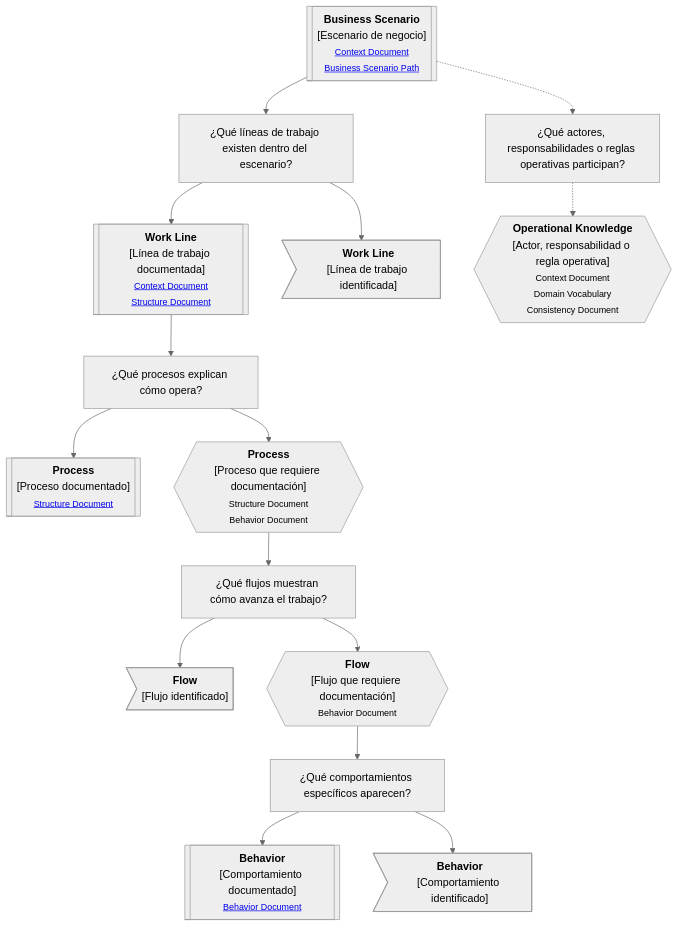
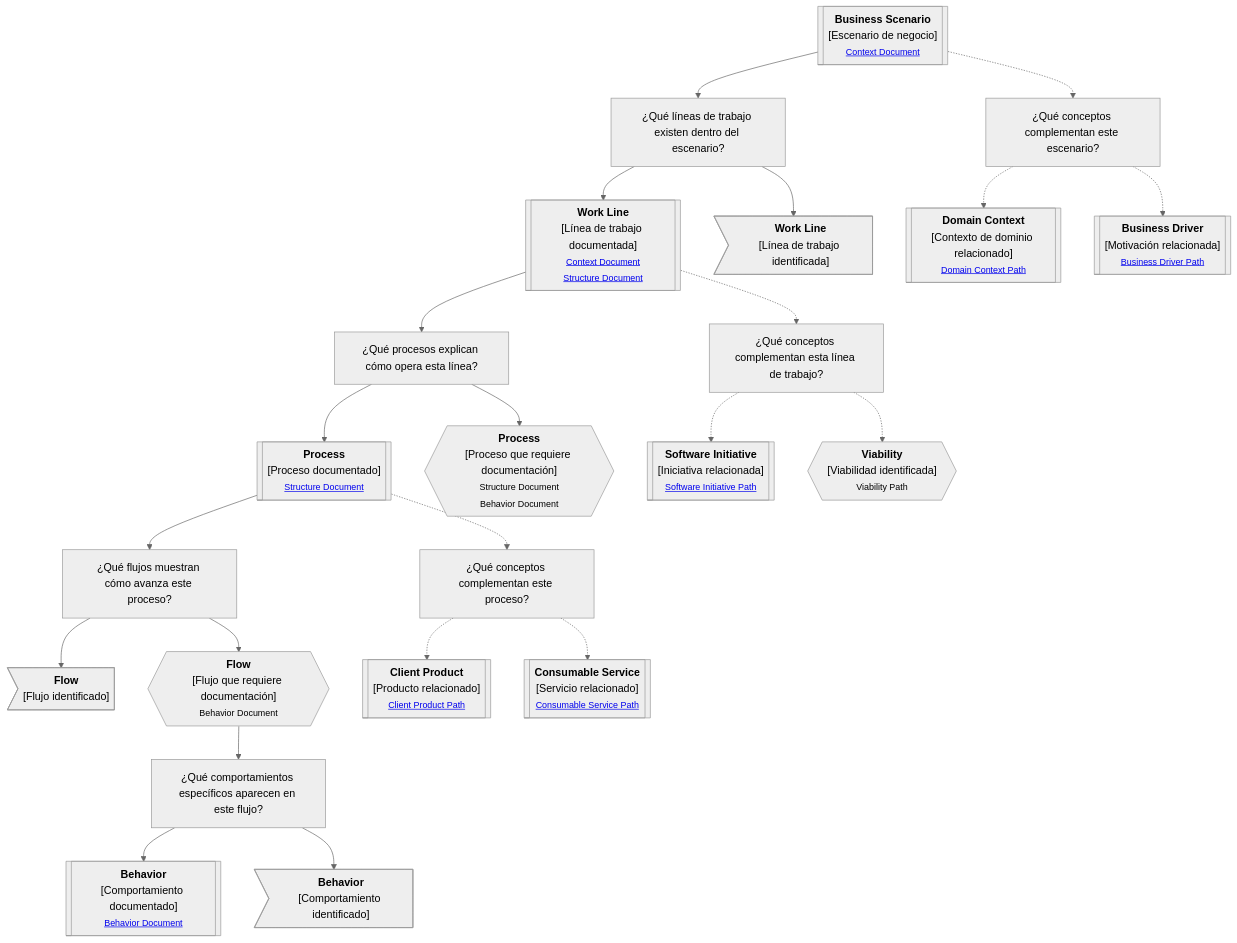
One commit to vslices/docs changed the diagram in docs/es/alive-lab/research/notes/docs-standard/artifacts/continuity-paths/core/business-scenario.md. Above: the diagram before and after it, drawn with Mermaid (neutral theme). The commit also changed other lines of this file and 12 other files, not shown here.

````diff
--- a/docs/es/alive-lab/research/notes/docs-standard/artifacts/continuity-paths/core/business-scenario.md
+++ b/docs/es/alive-lab/research/notes/docs-standard/artifacts/continuity-paths/core/business-scenario.md
@@ -82,39 +35,61 @@
 ```mermaid
 flowchart TD
-    CR[["<b>Business Scenario</b><br/>[Escenario de negocio]<br/><small><a href='link'>Context Document</a><br/><a href='link'>Business Scenario Path</a></small>"]]
+    CR[["<b>Business Scenario</b><br/>[Escenario de negocio]<br/><small><a href='link'>Context Document</a></small>"]]
 
     P1["¿Qué líneas de trabajo existen dentro del escenario?"]
-    P2["¿Qué procesos explican cómo opera?"]
-    P3["¿Qué flujos muestran cómo avanza el trabajo?"]
-    P4["¿Qué comportamientos específicos aparecen?"]
-    P5["¿Qué actores, responsabilidades o reglas operativas participan?"]
+    P2["¿Qué conceptos complementan este escenario?"]
+
+    CR --> P1
+    CR -.-> P2
 
     WL1[["<b>Work Line</b><br/>[Línea de trabajo documentada]<br/><small><a href='link'>Context Document</a><br/><a href='link'>Structure Document</a></small>"]]
     WL2>"<b>Work Line</b><br/>[Línea de trabajo identificada]"]
 
+    P1 --> WL1 & WL2
+
+    CO1[["<b>Domain Context</b><br/>[Contexto de dominio relacionado]<br/><small><a href='link'>Domain Context Path</a></small>"]]
+    CO2[["<b>Business Driver</b><br/>[Motivación relacionada]<br/><small><a href='link'>Business Driver Path</a></small>"]]
+
+    P2 -.-> CO1 & CO2
+
+    P3["¿Qué procesos explican cómo opera esta línea?"]
+    P4["¿Qué conceptos complementan esta línea de trabajo?"]
+
+    WL1 --> P3
+    WL1 -.-> P4
+
     PR1[["<b>Process</b><br/>[Proceso documentado]<br/><small><a href='link'>Structure Document</a></small>"]]
     PR2{{"<b>Process</b><br/>[Proceso que requiere documentación]<br/><small>Structure Document<br/>Behavior Document</small>"}}
+
+    P3 --> PR1 & PR2
+
+    SI1[["<b>Software Initiative</b><br/>[Iniciativa relacionada]<br/><small><a href='link'>Software Initiative Path</a></small>"]]
+    VI1{{"<b>Viability</b><br/>[Viabilidad identificada]<br/><small>Viability Path</small>"}}
+
+    P4 -.-> SI1 & VI1
+
+    P5["¿Qué flujos muestran cómo avanza este proceso?"]
+    P6["¿Qué conceptos complementan este proceso?"]
+
+    PR1 --> P5
+    PR1 -.-> P6
 
     FL1>"<b>Flow</b><br/>[Flujo identificado]"]
     FL2{{"<b>Flow</b><br/>[Flujo que requiere documentación]<br/><small>Behavior Document</small>"}}
 
+    P5 --> FL1 & FL2
+
+    CP1[["<b>Client Product</b><br/>[Producto relacionado]<br/><small><a href='link'>Client Product Path</a></small>"]]
+    CS1[["<b>Consumable Service</b><br/>[Servicio relacionado]<br/><small><a href='link'>Consumable Service Path</a></small>"]]
+
+    P6 -.-> CP1 & CS1
+
+    P7["¿Qué comportamientos específicos aparecen en este flujo?"]
+
+    FL2 --> P7
+
     BH1[["<b>Behavior</b><br/>[Comportamiento documentado]<br/><small><a href='link'>Behavior Document</a></small>"]]
     BH2>"<b>Behavior</b><br/>[Comportamiento identificado]"]
 
-    OP1{{"<b>Operational Knowledge</b><br/>[Actor, responsabilidad o regla operativa]<br/><small>Context Document<br/>Domain Vocabulary<br/>Consistency Document</small>"}}
-
-    CR --> P1
-    P1 --> WL1 & WL2
-
-    WL1 --> P2
-    P2 --> PR1 & PR2
-
-    PR2 --> P3
-    P3 --> FL1 & FL2
-
-    FL2 --> P4
-    P4 --> BH1 & BH2
-
-    CR -.-> P5
-    P5 -.-> OP1
+    P7 --> BH1 & BH2
 ```
````
